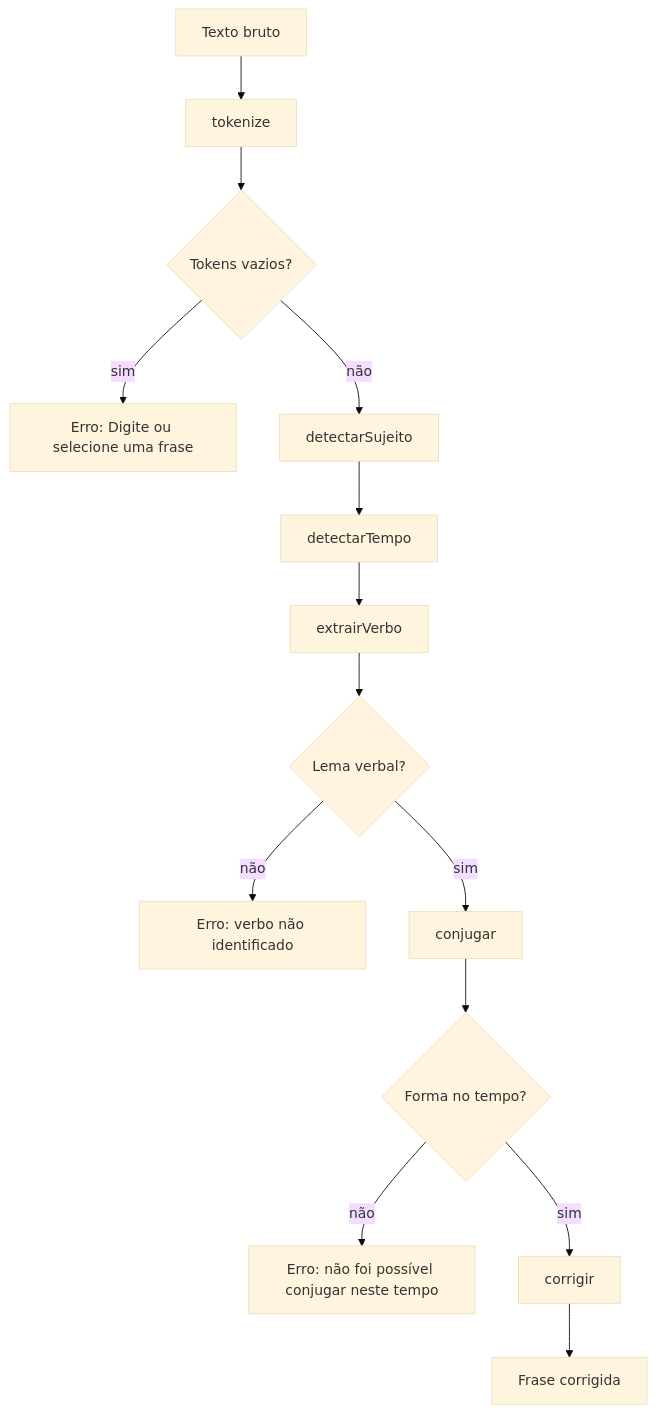
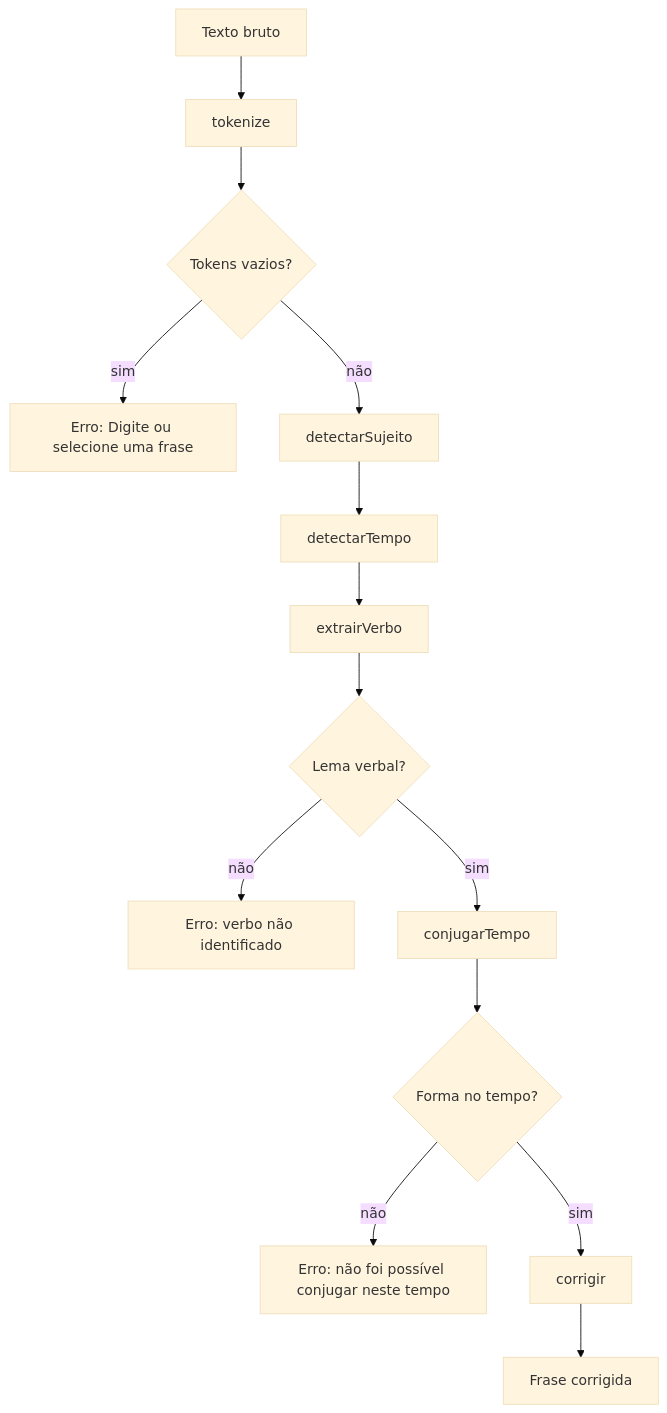
One commit to aac-ai-lab/conjug.ai changed the first of 6 diagrams in docs/diagrama.md. Above: the diagram before and after it, drawn with Mermaid (base theme). The commit also changed other lines of this file and 7 other files, not shown here.

````diff
--- a/docs/diagrama.md
+++ b/docs/diagrama.md
@@ -11,16 +11,16 @@
 ```mermaid
 flowchart TD
   A[Texto bruto] --> B[tokenize]
   B --> C{Tokens vazios?}
   C -->|sim| ERR[Erro: Digite ou selecione uma frase]
   C -->|não| D[detectarSujeito]
   D --> E[detectarTempo]
   E --> F[extrairVerbo]
   F --> G{Lema verbal?}
   G -->|não| ERR2[Erro: verbo não identificado]
-  G -->|sim| H[conjugar]
+  G -->|sim| H[conjugarTempo]
   H --> I{Forma no tempo?}
   I -->|não| ERR3[Erro: não foi possível conjugar neste tempo]
   I -->|sim| J[corrigir]
   J --> K[Frase corrigida]
 ```
````
